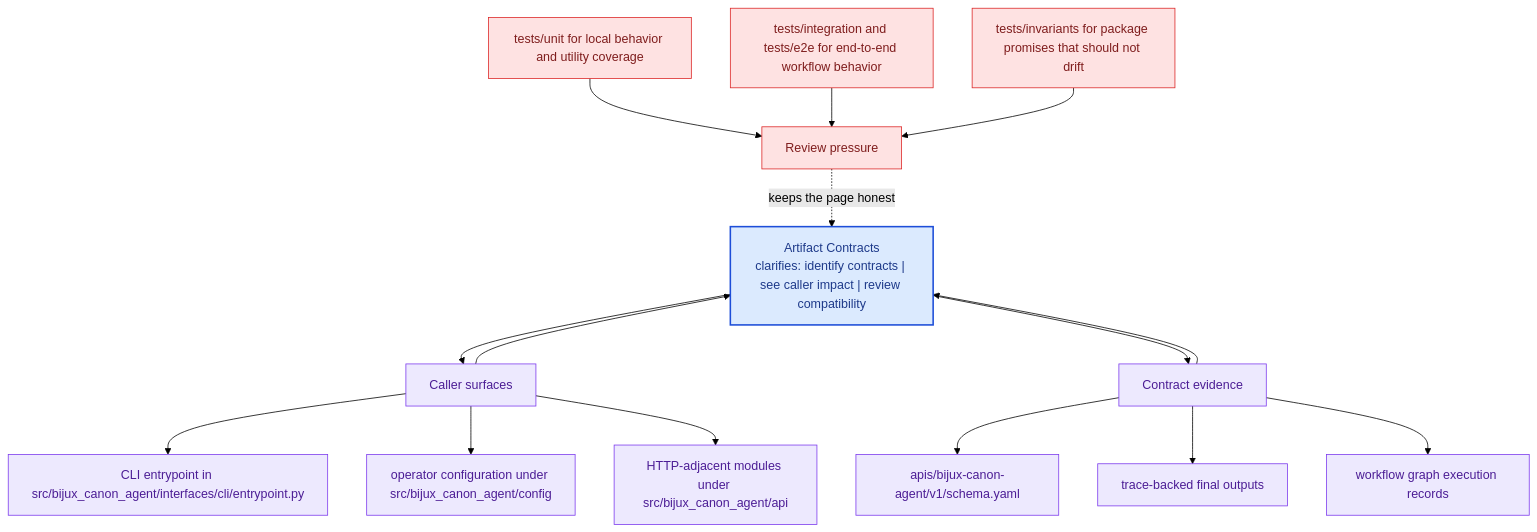
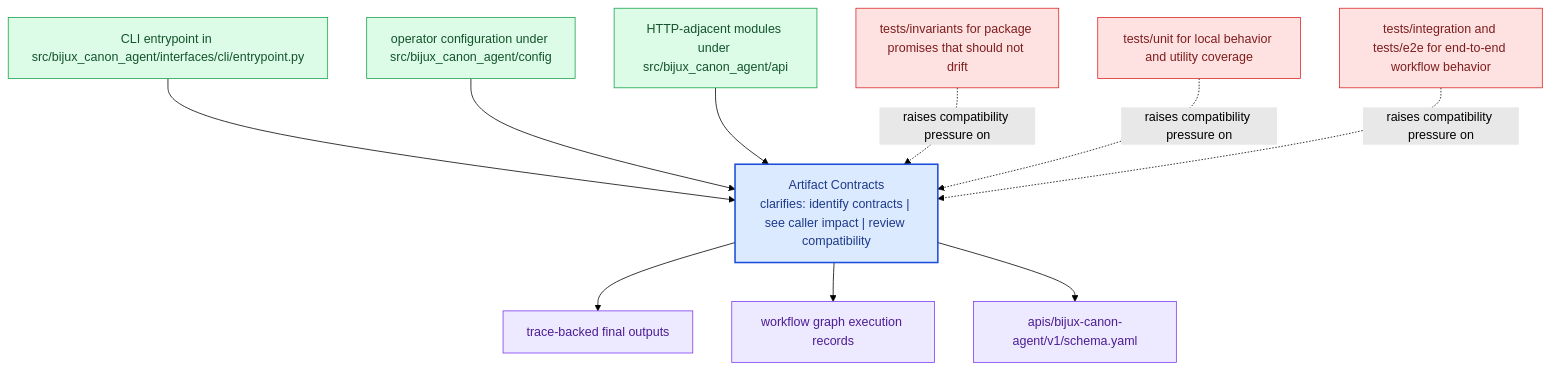
Before and after one commit to bijux/bijux-canon: the diagram in docs/bijux-canon-agent/interfaces/artifact-contracts.md, drawn with Mermaid (forest theme). The commit also changed other lines of this file and 281 other files, not shown here.

Commit message:
docs(diagrams): replace repeated mermaid scaffolds with page-specific summaries

````diff
--- a/docs/bijux-canon-agent/interfaces/artifact-contracts.md
+++ b/docs/bijux-canon-agent/interfaces/artifact-contracts.md
@@ -68,41 +23,31 @@
 ```mermaid
 flowchart TB
-    promise["Artifact Contracts<br/>clarifies: identify contracts | see caller impact | review compatibility"]
-    classDef promise fill:#dbeafe,stroke:#1d4ed8,color:#1e3a8a,stroke-width:2px;
-    classDef driver fill:#dcfce7,stroke:#16a34a,color:#14532d;
-    classDef constraint fill:#fee2e2,stroke:#dc2626,color:#7f1d1d;
-    classDef ground fill:#ede9fe,stroke:#7c3aed,color:#4c1d95;
-    focus1["Caller surfaces"]
-    focus1 --> promise
-    promise --> focus1
-    focus1_1["CLI entrypoint in src/bijux_canon_agent/interfaces/cli/entrypoint.py"]
-    focus1 --> focus1_1
-    focus1_2["operator configuration under src/bijux_canon_agent/config"]
-    focus1 --> focus1_2
-    focus1_3["HTTP-adjacent modules under src/bijux_canon_agent/api"]
-    focus1 --> focus1_3
-    class focus1 ground;
-    class focus1_1,focus1_2,focus1_3 ground;
-    focus2["Contract evidence"]
-    focus2 --> promise
-    promise --> focus2
-    focus2_1["apis/bijux-canon-agent/v1/schema.yaml"]
-    focus2 --> focus2_1
-    focus2_2["trace-backed final outputs"]
-    focus2 --> focus2_2
-    focus2_3["workflow graph execution records"]
-    focus2 --> focus2_3
-    class focus2 ground;
-    class focus2_1,focus2_2,focus2_3 ground;
-    focus3["Review pressure"]
-    focus3 -.keeps the page honest.-> promise
-    focus3_1["tests/unit for local behavior and utility coverage"]
-    focus3_1 --> focus3
-    focus3_2["tests/integration and tests/e2e for end-to-end workflow behavior"]
-    focus3_2 --> focus3
-    focus3_3["tests/invariants for package promises that should not drift"]
-    focus3_3 --> focus3
-    class focus3 constraint;
-    class focus3_1,focus3_2,focus3_3 constraint;
-    class promise promise;
+    page["Artifact Contracts<br/>clarifies: identify contracts | see caller impact | review compatibility"]
+    classDef page fill:#dbeafe,stroke:#1d4ed8,color:#1e3a8a,stroke-width:2px;
+    classDef positive fill:#dcfce7,stroke:#16a34a,color:#14532d;
+    classDef caution fill:#fee2e2,stroke:#dc2626,color:#7f1d1d;
+    classDef anchor fill:#ede9fe,stroke:#7c3aed,color:#4c1d95;
+    classDef action fill:#fef3c7,stroke:#d97706,color:#7c2d12;
+    surface1["CLI entrypoint in src/bijux_canon_agent/interfaces/cli/entrypoint.py"]
+    surface1 --> page
+    surface2["operator configuration under src/bijux_canon_agent/config"]
+    surface2 --> page
+    surface3["HTTP-adjacent modules under src/bijux_canon_agent/api"]
+    surface3 --> page
+    proof1["trace-backed final outputs"]
+    page --> proof1
+    proof2["workflow graph execution records"]
+    page --> proof2
+    proof3["apis/bijux-canon-agent/v1/schema.yaml"]
+    page --> proof3
+    review1["tests/invariants for package promises that should not drift"]
+    review1 -.raises compatibility pressure on.-> page
+    review2["tests/unit for local behavior and utility coverage"]
+    review2 -.raises compatibility pressure on.-> page
+    review3["tests/integration and tests/e2e for end-to-end workflow behavior"]
+    review3 -.raises compatibility pressure on.-> page
+    class page page;
+    class surface1,surface2,surface3 positive;
+    class proof1,proof2,proof3 anchor;
+    class review1,review2,review3 caution;
 ```
````
